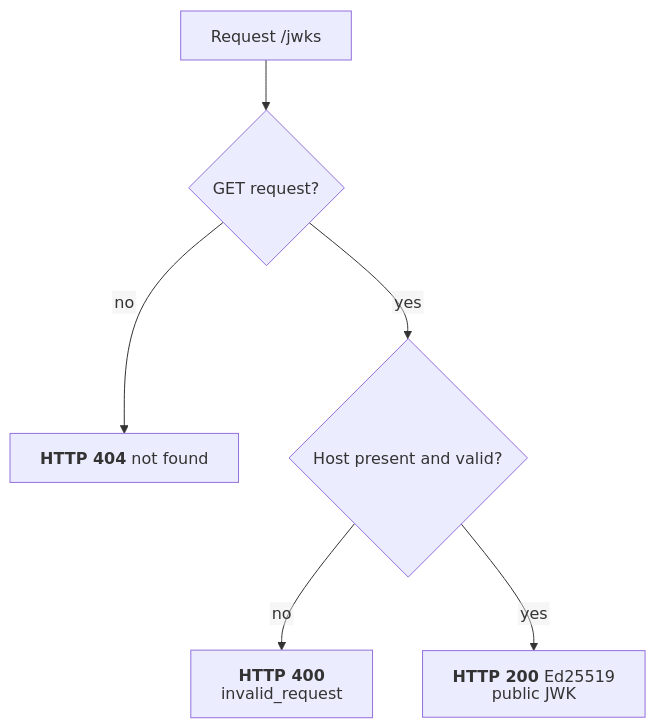
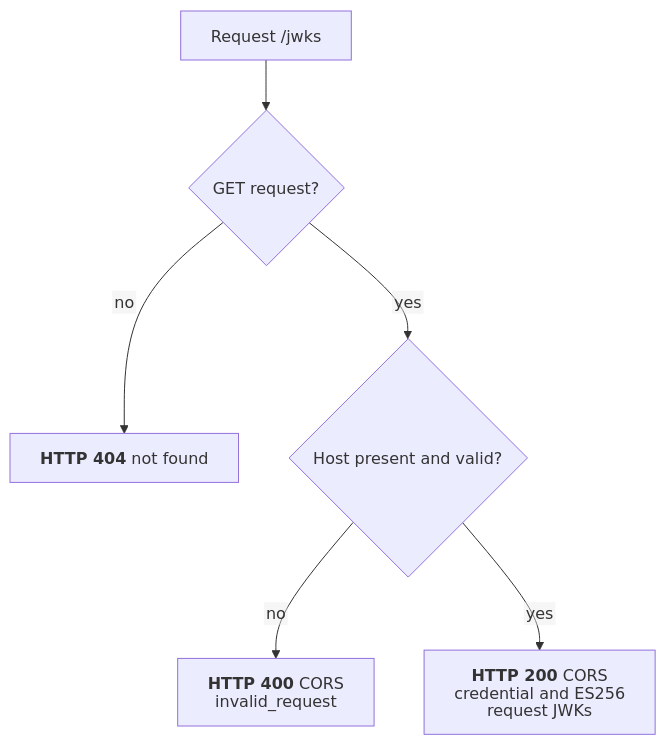
Before and after one commit to malach-it/kagome: the diagram in docs/flows/openid4vci/jwks_endpoint.mmd, drawn with Mermaid. The commit also changed 67 other files, not shown here.

Commit message:
feat: add wallet authorization and presentation flows

```diff
--- a/docs/flows/openid4vci/jwks_endpoint.mmd
+++ b/docs/flows/openid4vci/jwks_endpoint.mmd
@@ -1,7 +1,7 @@
 %%{init: {"htmlLabels": false, "flowchart": {"htmlLabels": false}}}%%
 flowchart TD
     start[Request /jwks] --> method{GET request?}
     method -- no --> not_found["`**HTTP 404** not found`"]
     method -- yes --> host{Host present and valid?}
-    host -- no --> error["`**HTTP 400** invalid_request`"]
-    host -- yes --> success["`**HTTP 200** Ed25519 public JWK`"]
+    host -- no --> error["`**HTTP 400** CORS invalid_request`"]
+    host -- yes --> success["`**HTTP 200** CORS credential and ES256 request JWKs`"]
```
